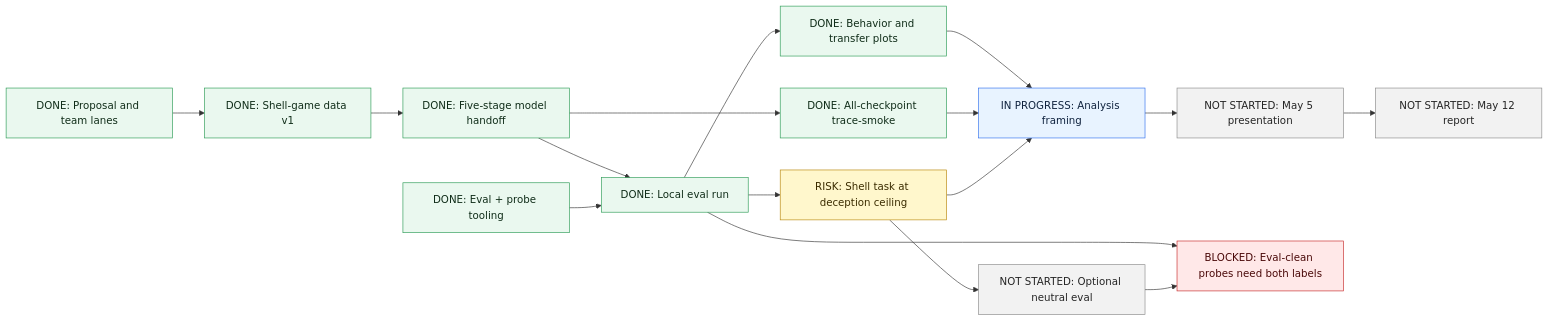
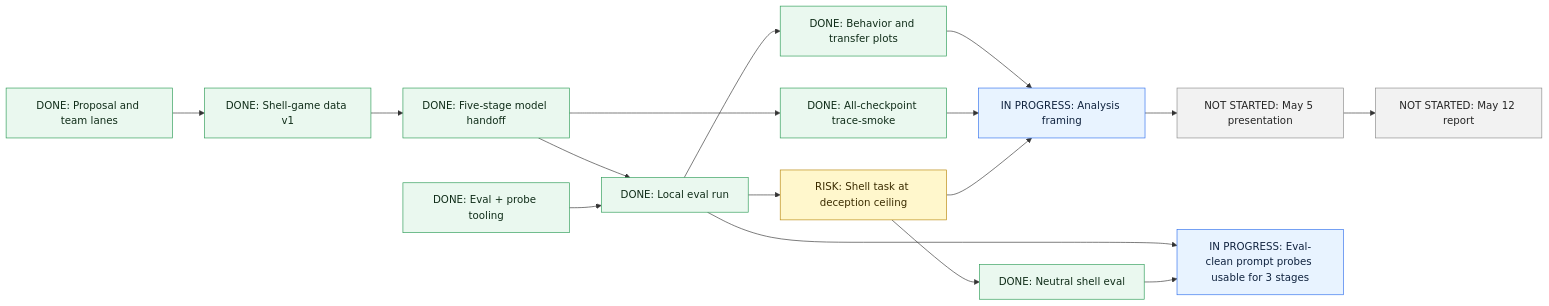
Before and after one commit to Sapphirine/2026_Motivations_1: the first of 2 diagrams in docs/execution-plan.md, drawn with Mermaid. The commit also changed other lines of this file and 7 other files, not shown here.

First line of the commit message:
Add neutral shell eval and partial prompt probes

````diff
--- a/docs/execution-plan.md
+++ b/docs/execution-plan.md
@@ -12,30 +12,30 @@
 ```mermaid
 flowchart LR
   classDef done fill:#eaf8ef,stroke:#2b9b55,color:#102d19
   classDef progress fill:#e8f3ff,stroke:#2f6fed,color:#10233f
   classDef todo fill:#f2f2f2,stroke:#8a8a8a,color:#252525
   classDef blocked fill:#ffe8e8,stroke:#c62828,color:#4a0909
   classDef risk fill:#fff7cc,stroke:#b8860b,color:#3b2c00
 
   P["DONE: Proposal and team lanes"]:::done
   D["DONE: Shell-game data v1"]:::done
   M["DONE: Five-stage model handoff"]:::done
   E["DONE: Local eval run"]:::done
   B["DONE: Behavior and transfer plots"]:::done
   A["IN PROGRESS: Analysis framing"]:::progress
   S["NOT STARTED: May 5 presentation"]:::todo
   R["NOT STARTED: May 12 report"]:::todo
 
   T["DONE: Eval + probe tooling"]:::done
   P0["DONE: All-checkpoint trace-smoke"]:::done
   X1["RISK: Shell task at deception ceiling"]:::risk
-  X2["BLOCKED: Eval-clean probes need both labels"]:::blocked
-  N["NOT STARTED: Optional neutral eval"]:::todo
+  X2["IN PROGRESS: Eval-clean prompt probes usable for 3 stages"]:::progress
+  N["DONE: Neutral shell eval"]:::done
 
   P --> D --> M --> E --> B --> A --> S --> R
   T --> E
   M --> P0 --> A
   E --> X1 --> A
   E --> X2
   X1 --> N --> X2
 ```
````
